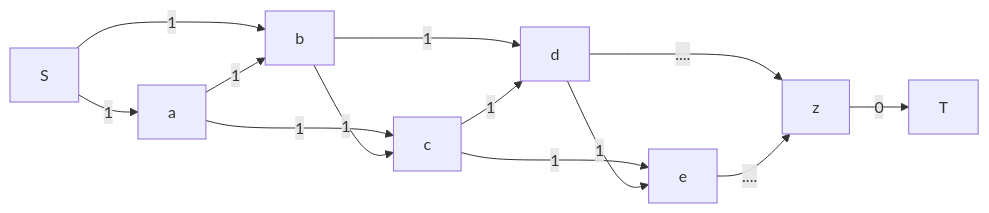
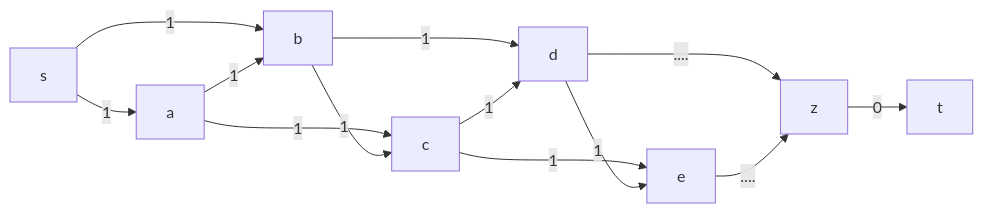
The first of 3 diagrams in docs/flow/update.md (fstqwq/AI2615), drawn with Mermaid before and after one commit. The commit also changed other lines of this file and 2 other files, not shown here.

````diff
--- a/docs/flow/update.md
+++ b/docs/flow/update.md
@@ -29,10 +29,10 @@
     ```mermaid
     graph LR
-        S -->|1| a
-        S & a -->|1| b
+        s -->|1| a
+        s & a -->|1| b
         a & b -->|1| c
         b & c -->|1| d
         c & d -->|1| e
         d & e -->|....| z
-        z -->|0| T
+        z -->|0| t
     ```
````
